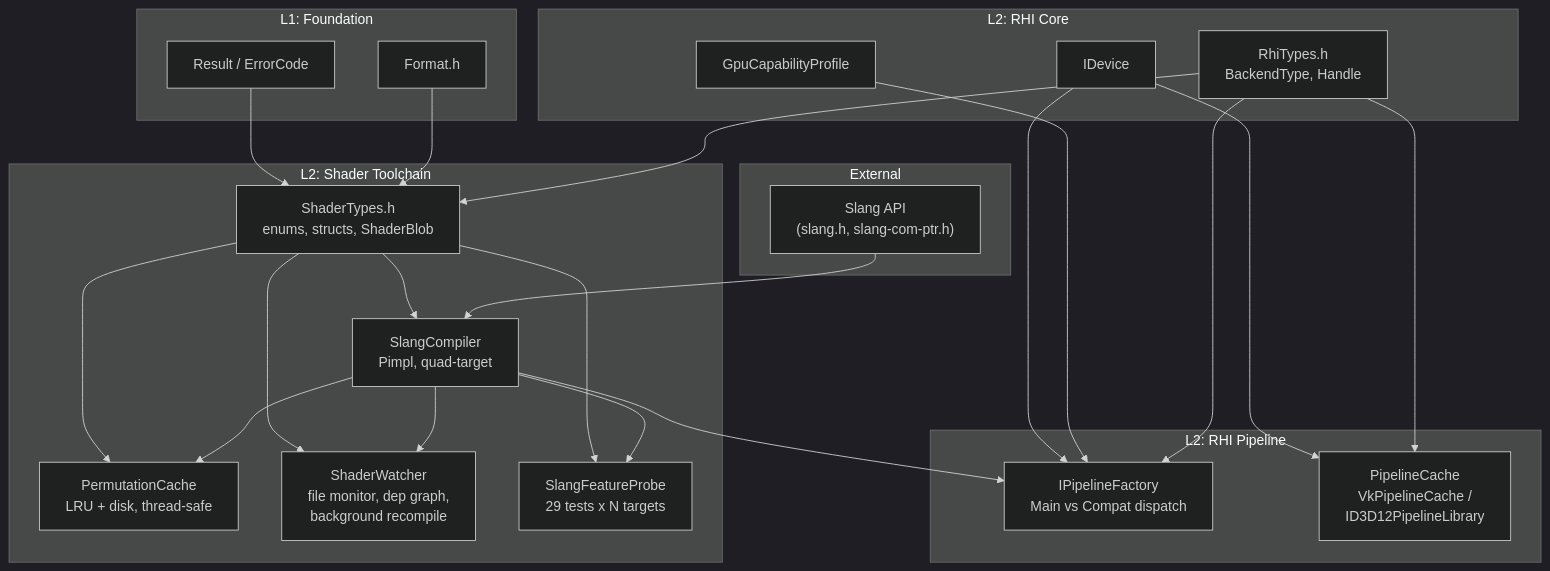
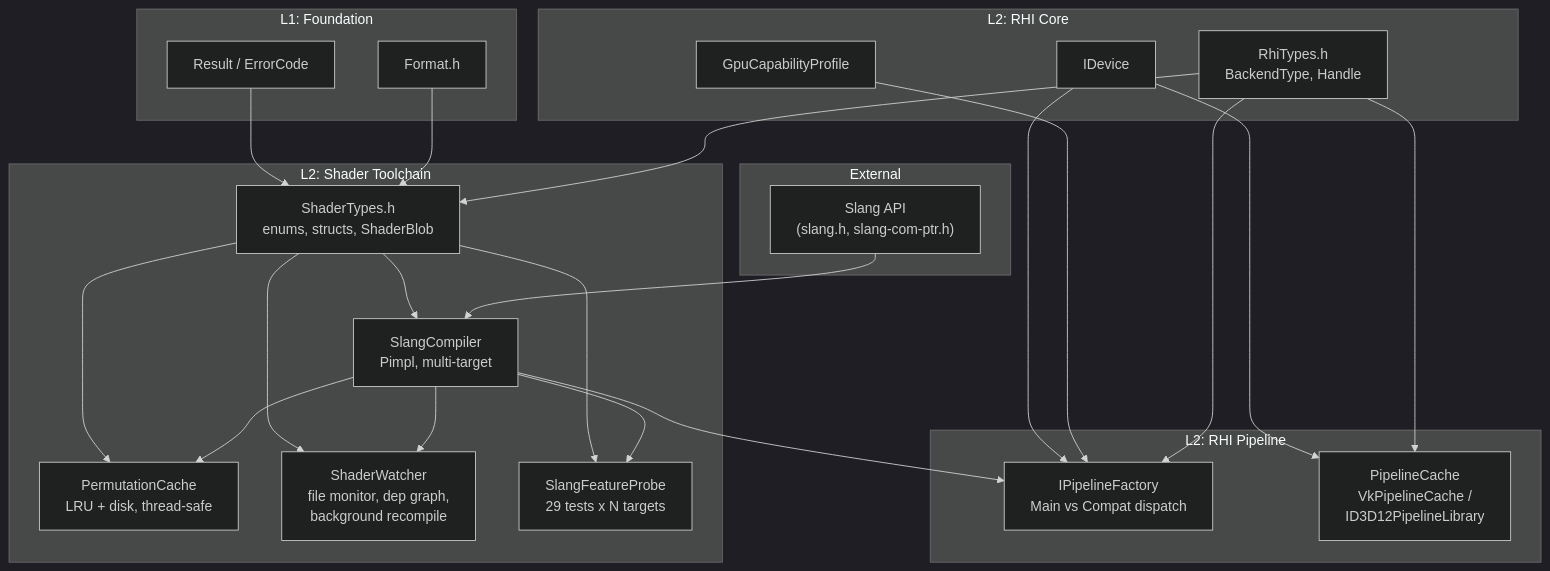
Before and after one commit to nekomiya-kasane/mitsuki: the first of 9 diagrams in specs/05-shader-pipeline.md, drawn with Mermaid (dark theme). The commit also changed other lines of this file and 4 other files, not shown here.

````diff
--- a/specs/05-shader-pipeline.md
+++ b/specs/05-shader-pipeline.md
@@ -84,48 +84,48 @@
 ```mermaid
 graph TD
     subgraph "L2: Shader Toolchain"
         TYPES["ShaderTypes.h<br/>enums, structs, ShaderBlob"]
-        COMPILER["SlangCompiler<br/>Pimpl, quad-target"]
+        COMPILER["SlangCompiler<br/>Pimpl, multi-target"]
         CACHE["PermutationCache<br/>LRU + disk, thread-safe"]
         WATCHER["ShaderWatcher<br/>file monitor, dep graph,<br/>background recompile"]
         PROBE["SlangFeatureProbe<br/>29 tests x N targets"]
     end
 
     subgraph "L2: RHI Pipeline"
         IPIPE["IPipelineFactory<br/>Main vs Compat dispatch"]
         PCACHE["PipelineCache<br/>VkPipelineCache /<br/>ID3D12PipelineLibrary"]
     end
 
     subgraph "L1: Foundation"
         RESULT["Result / ErrorCode"]
         FORMAT["Format.h"]
     end
 
     subgraph "L2: RHI Core"
         IDEVICE["IDevice"]
         RHITYPES["RhiTypes.h<br/>BackendType, Handle"]
         GCAP["GpuCapabilityProfile"]
     end
 
     subgraph "External"
         SLANG["Slang API<br/>(slang.h, slang-com-ptr.h)"]
     end
 
     RESULT --> TYPES
     FORMAT --> TYPES
     RHITYPES --> TYPES
     TYPES --> COMPILER
     SLANG --> COMPILER
     TYPES --> CACHE
     COMPILER --> CACHE
     TYPES --> WATCHER
     COMPILER --> WATCHER
     TYPES --> PROBE
     COMPILER --> PROBE
     IDEVICE --> IPIPE
     GCAP --> IPIPE
     RHITYPES --> IPIPE
     COMPILER --> IPIPE
     IDEVICE --> PCACHE
     RHITYPES --> PCACHE
 ```
````
